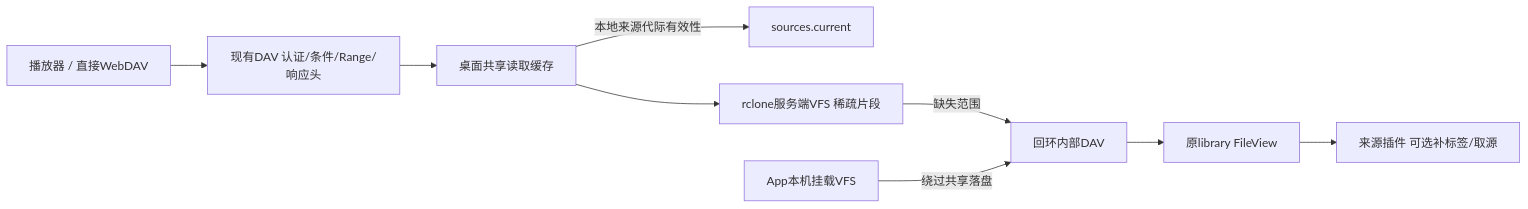
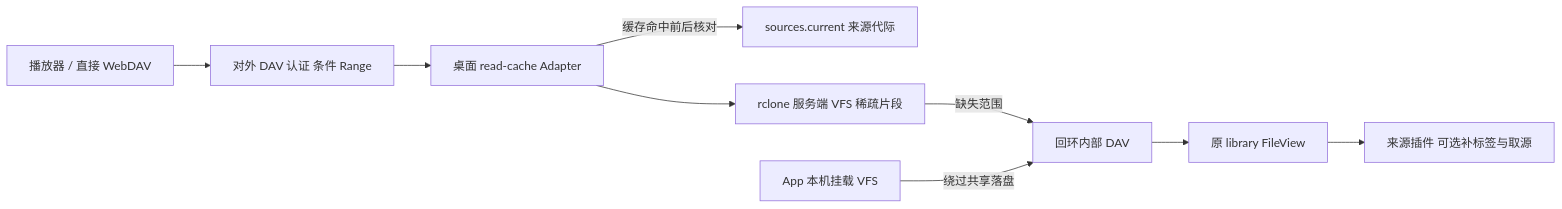
Before and after one commit to shengyusi-SYS/musicfs: the diagram in docs/architecture/shared-read-cache.md, drawn with Mermaid. The commit also changed other lines of this file and 23 other files, not shown here.

Commit message:
docs: consolidate MusicFS architecture and reusable lessons

````diff
--- a/docs/architecture/shared-read-cache.md
+++ b/docs/architecture/shared-read-cache.md
@@ -7,11 +7,11 @@
 ```mermaid
 flowchart LR
-  Direct[播放器 / 直接WebDAV] --> DAV[现有DAV 认证/条件/Range/响应头]
-  DAV --> Shared[桌面共享读取缓存]
-  Shared -->|本地来源代际有效性| Current[sources.current]
-  Shared --> VFS[rclone服务端VFS 稀疏片段]
-  VFS -->|缺失范围| Private[回环内部DAV]
-  App[App本机挂载VFS] -->|绕过共享落盘| Private
-  Private --> Library[原library FileView]
-  Library --> Plugin[来源插件 可选补标签/取源]
+  Direct[播放器 / 直接 WebDAV] --> DAV[对外 DAV 认证 条件 Range]
+  DAV --> Shared[桌面 read-cache Adapter]
+  Shared -->|缓存命中前后核对| Current[sources.current 来源代际]
+  Shared --> VFS[rclone 服务端 VFS 稀疏片段]
+  VFS -->|缺失范围| Private[回环内部 DAV]
+  App[App 本机挂载 VFS] -->|绕过共享落盘| Private
+  Private --> Library[原 library FileView]
+  Library --> Plugin[来源插件 可选补标签与取源]
 ```
````
